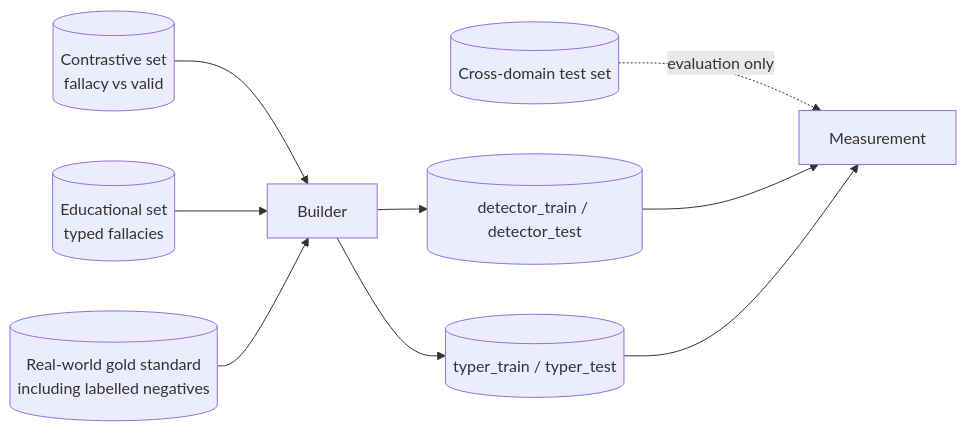
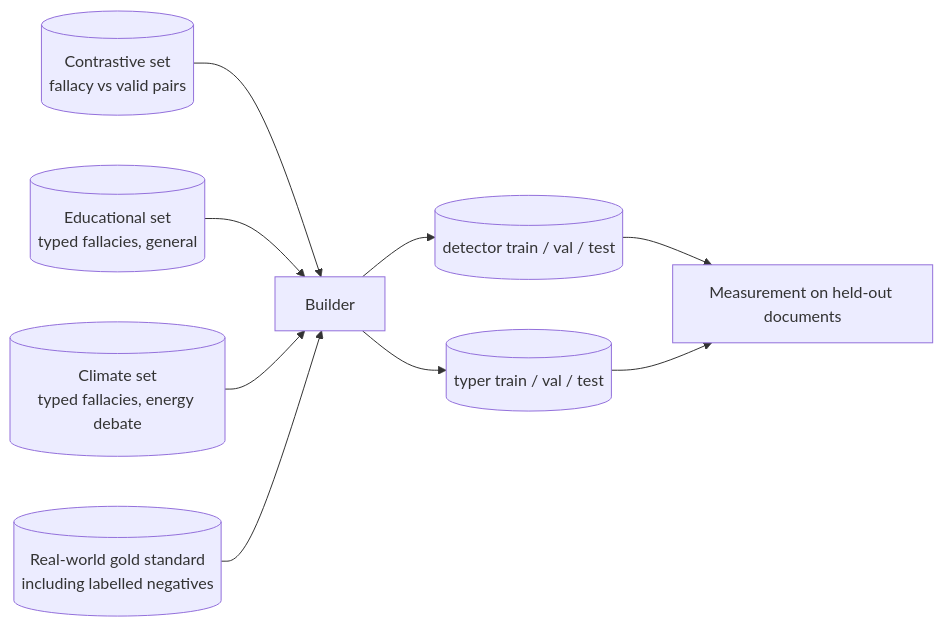
One commit to MoAbboud/PortFolio changed the second of 2 diagrams in fallacysuspect/requirements/04-data-model.md. Above: the diagram before and after it, drawn with Mermaid. The commit also changed other lines of this file and 6 other files, not shown here.

````diff
--- a/fallacysuspect/requirements/04-data-model.md
+++ b/fallacysuspect/requirements/04-data-model.md
@@ -76,11 +79,11 @@
 ```mermaid
 flowchart LR
-    A[(Contrastive set<br/>fallacy vs valid)] --> BUILD[Builder]
-    B[(Educational set<br/>typed fallacies)] --> BUILD
-    C[(Real-world gold standard<br/>including labelled negatives)] --> BUILD
-    D[(Cross-domain test set)] -.evaluation only.-> EVAL[Measurement]
-    BUILD --> E[(detector_train / detector_test)]
-    BUILD --> F[(typer_train / typer_test)]
-    E --> EVAL
+    A[(Contrastive set<br/>fallacy vs valid pairs)] --> BUILD[Builder]
+    B[(Educational set<br/>typed fallacies, general)] --> BUILD
+    C[(Climate set<br/>typed fallacies, energy debate)] --> BUILD
+    D[(Real-world gold standard<br/>including labelled negatives)] --> BUILD
+    BUILD --> E[(detector train / val / test)]
+    BUILD --> F[(typer train / val / test)]
+    E --> EVAL[Measurement on held-out documents]
     F --> EVAL
 ```
````
